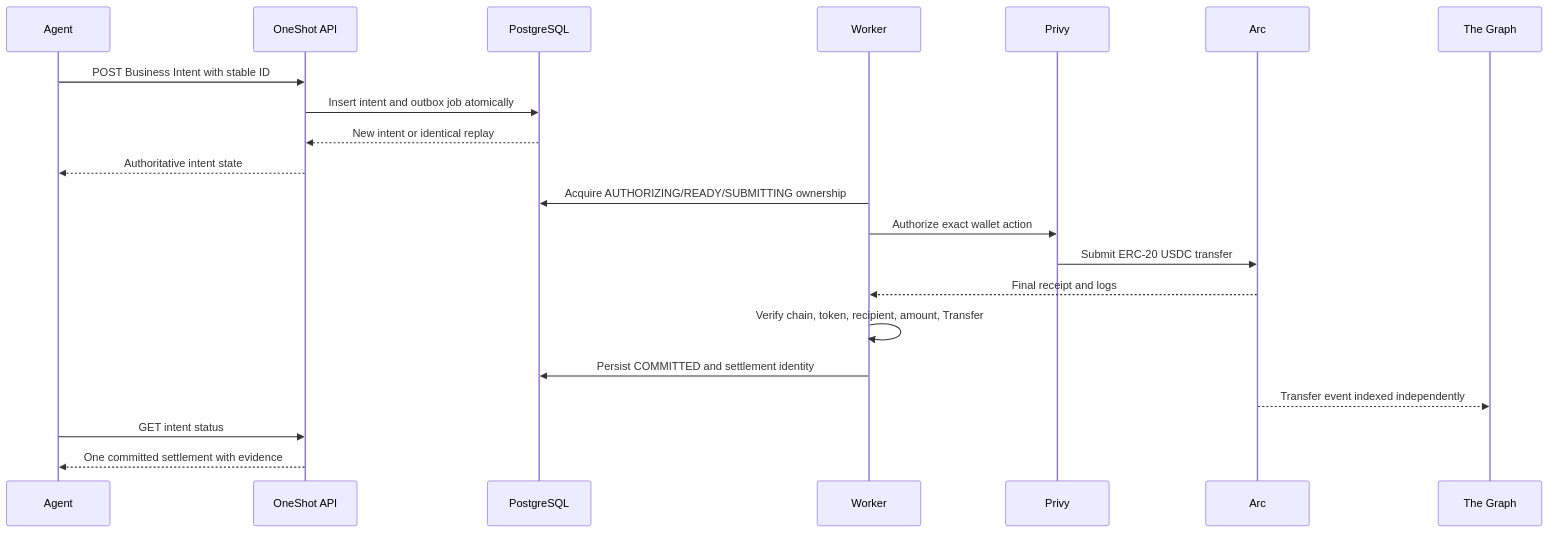
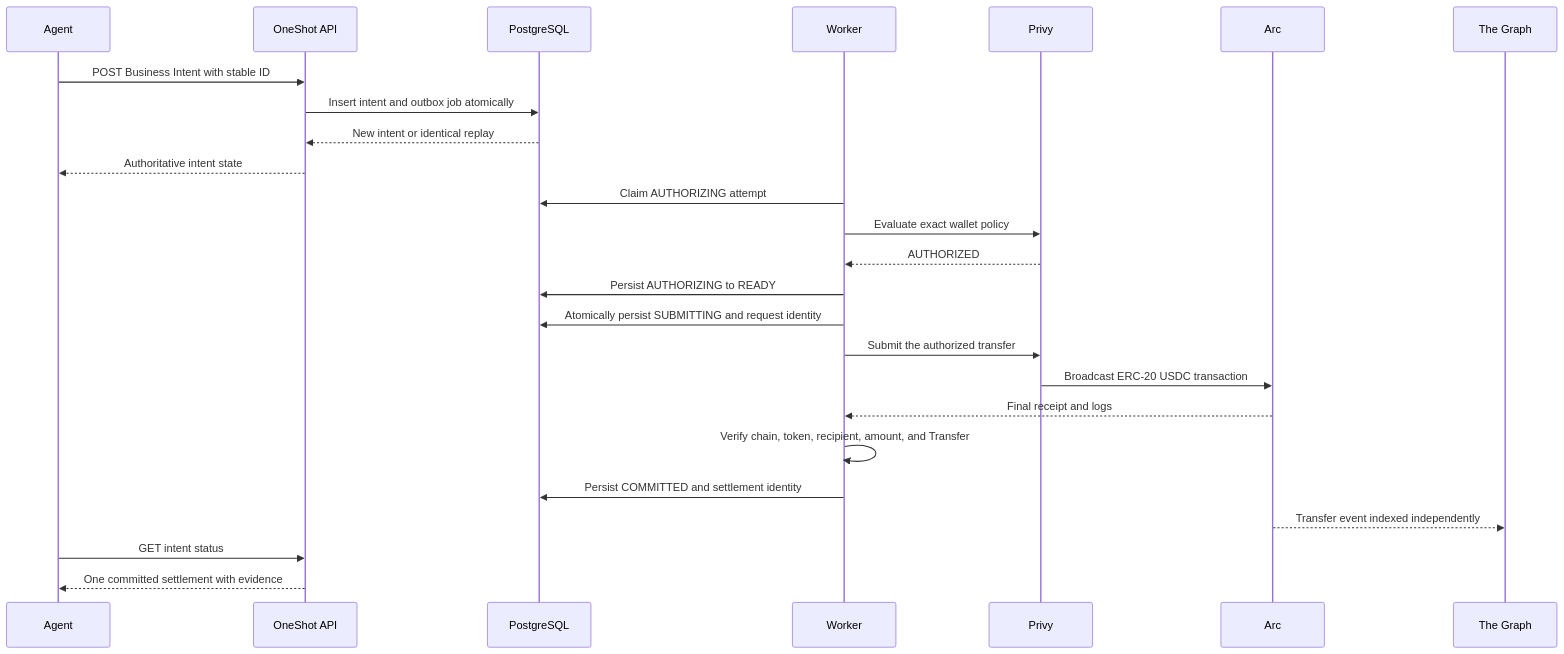
One commit to SWOFART/OneShot changed the fourth of 7 diagrams in docs/DOMAIN_ARCHITECTURE.md. Above: the diagram before and after it, drawn with Mermaid. The commit also changed other lines of this file and 2 other files, not shown here.

Commit message:
docs(plan): fix recovery diagrams

````diff
--- a/docs/DOMAIN_ARCHITECTURE.md
+++ b/docs/DOMAIN_ARCHITECTURE.md
@@ -131,24 +134,28 @@
 ```mermaid
 sequenceDiagram
     participant Agent
     participant API as OneShot API
     participant DB as PostgreSQL
     participant Worker
     participant Privy
     participant Arc
     participant Graph as The Graph
 
     Agent->>API: POST Business Intent with stable ID
     API->>DB: Insert intent and outbox job atomically
     DB-->>API: New intent or identical replay
     API-->>Agent: Authoritative intent state
-    Worker->>DB: Acquire AUTHORIZING/READY/SUBMITTING ownership
-    Worker->>Privy: Authorize exact wallet action
-    Privy->>Arc: Submit ERC-20 USDC transfer
+    Worker->>DB: Claim AUTHORIZING attempt
+    Worker->>Privy: Evaluate exact wallet policy
+    Privy-->>Worker: AUTHORIZED
+    Worker->>DB: Persist AUTHORIZING to READY
+    Worker->>DB: Atomically persist SUBMITTING and request identity
+    Worker->>Privy: Submit the authorized transfer
+    Privy->>Arc: Broadcast ERC-20 USDC transaction
     Arc-->>Worker: Final receipt and logs
-    Worker->>Worker: Verify chain, token, recipient, amount, Transfer
+    Worker->>Worker: Verify chain, token, recipient, amount, and Transfer
     Worker->>DB: Persist COMMITTED and settlement identity
     Arc-->>Graph: Transfer event indexed independently
     Agent->>API: GET intent status
     API-->>Agent: One committed settlement with evidence
 ```
````
